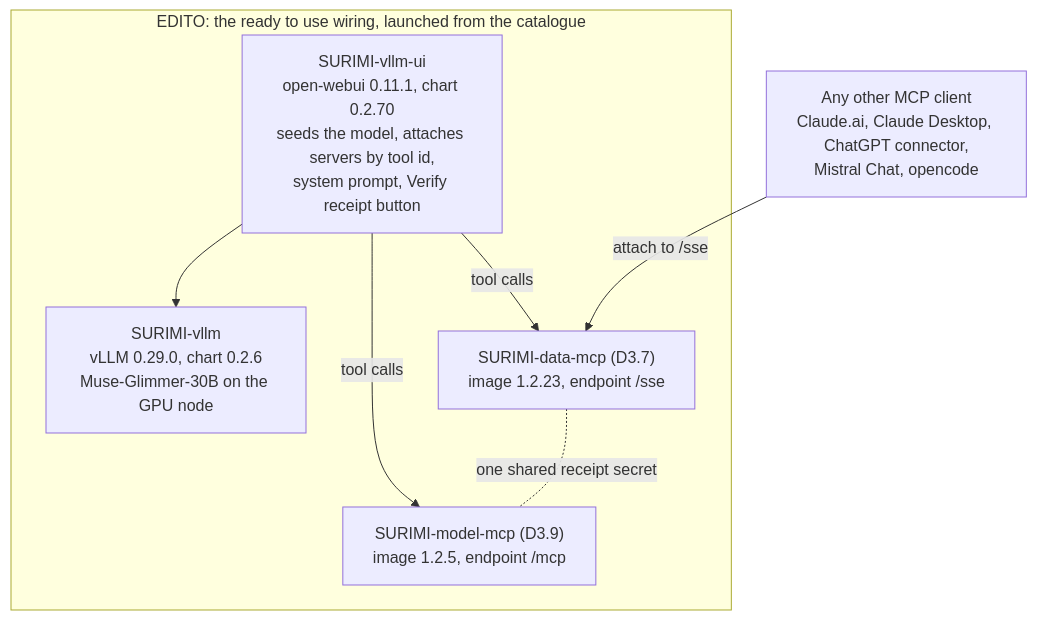
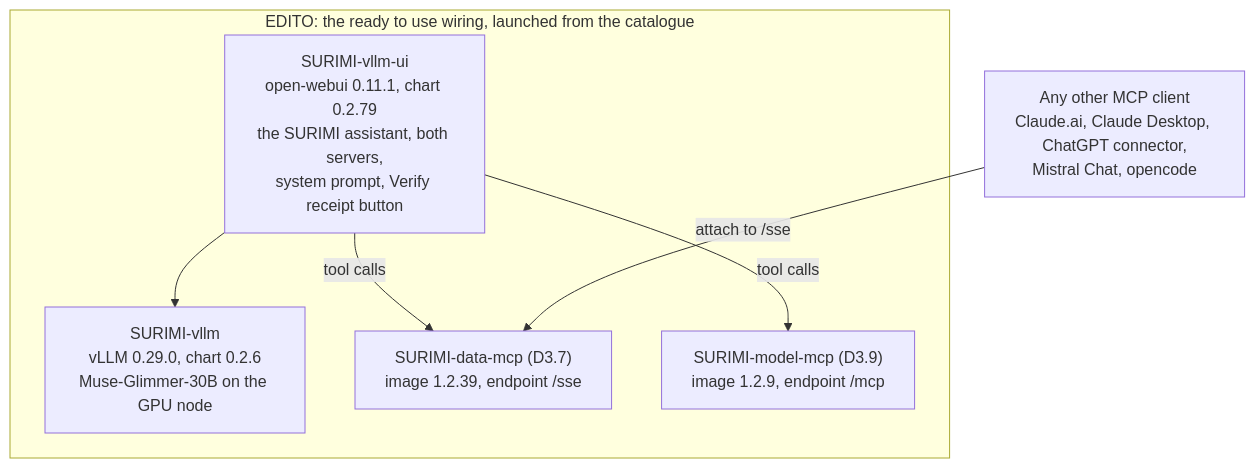
One commit to SURIMI-Project/SURIMI-project changed the first of 2 diagrams in deliverables/D3.7 - NLP assessment model/D3.7 - NLP assessment model.md. Above: the diagram before and after it, drawn with Mermaid. The commit also changed other lines of this file and 4 other files, not shown here.

````diff
--- a/deliverables/D3.7 - NLP assessment model/D3.7 - NLP assessment model.md
+++ b/deliverables/D3.7 - NLP assessment model/D3.7 - NLP assessment model.md
@@ -40,15 +41,14 @@
 ```mermaid
 flowchart TB
     subgraph EDITO["EDITO: the ready to use wiring, launched from the catalogue"]
-        UI["SURIMI-vllm-ui<br/>open-webui 0.11.1, chart 0.2.70<br/>seeds the model, attaches servers by tool id,<br/>system prompt, Verify receipt button"]
+        UI["SURIMI-vllm-ui<br/>open-webui 0.11.1, chart 0.2.79<br/>the SURIMI assistant, both servers,<br/>system prompt, Verify receipt button"]
         VLLM["SURIMI-vllm<br/>vLLM 0.29.0, chart 0.2.6<br/>Muse-Glimmer-30B on the GPU node"]
-        DATA["SURIMI-data-mcp (D3.7)<br/>image 1.2.23, endpoint /sse"]
-        MODEL["SURIMI-model-mcp (D3.9)<br/>image 1.2.5, endpoint /mcp"]
+        DATA["SURIMI-data-mcp (D3.7)<br/>image 1.2.39, endpoint /sse"]
+        MODEL["SURIMI-model-mcp (D3.9)<br/>image 1.2.9, endpoint /mcp"]
         UI --> VLLM
         UI -- "tool calls" --> DATA
         UI -- "tool calls" --> MODEL
-        DATA -. "one shared receipt secret" .- MODEL
     end
     OTHER["Any other MCP client<br/>Claude.ai, Claude Desktop, ChatGPT connector,<br/>Mistral Chat, opencode"]
     OTHER -- "attach to /sse" --> DATA
 ```
````
